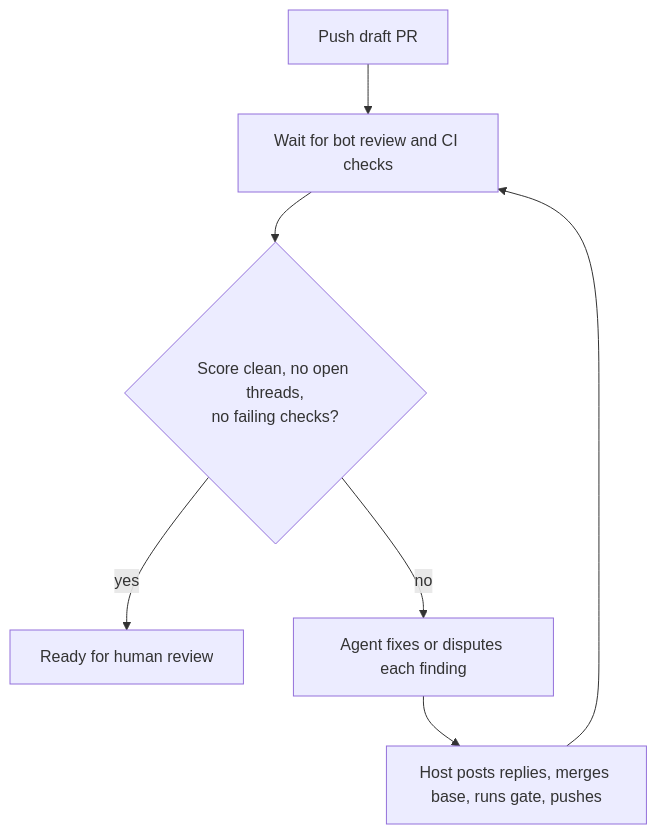
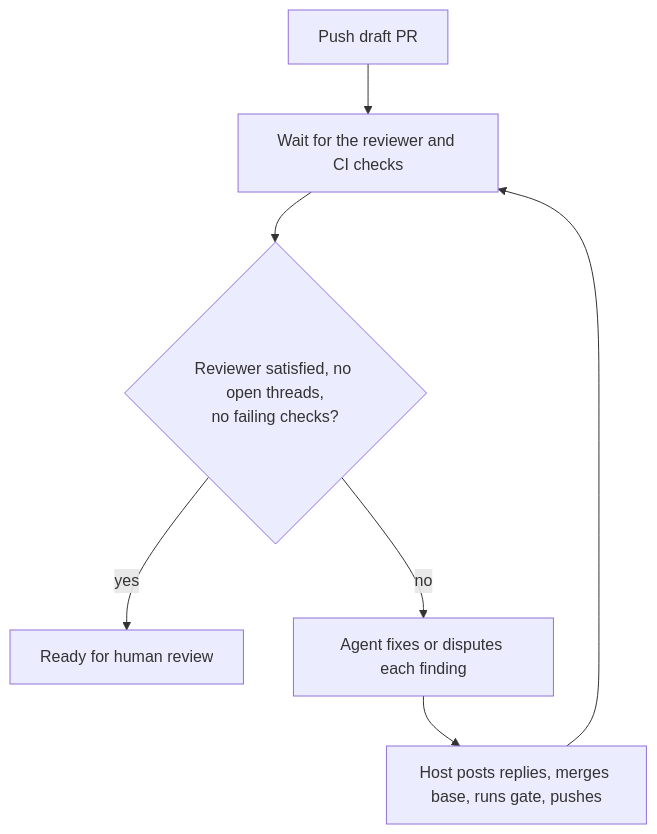
One commit to perkzen/fabrika changed the third of 3 diagrams in README.md. Above: the diagram before and after it, drawn with Mermaid. The commit also changed other lines of this file and 2 other files, not shown here.

First line of the commit message:
docs: what a run does with a review bot and what it does without one

````diff
--- a/README.md
+++ b/README.md
@@ -123,9 +123,9 @@
 ```mermaid
 flowchart TD
-    A[Push draft PR] --> B[Wait for bot review and CI checks]
-    B --> C{"Score clean, no open threads,<br/>no failing checks?"}
+    A[Push draft PR] --> B[Wait for the reviewer and CI checks]
+    B --> C{"Reviewer satisfied, no open threads,<br/>no failing checks?"}
     C -- yes --> Z[Ready for human review]
     C -- no --> D[Agent fixes or disputes each finding]
     D --> E[Host posts replies, merges base, runs gate, pushes]
     E --> B
 ```
````
